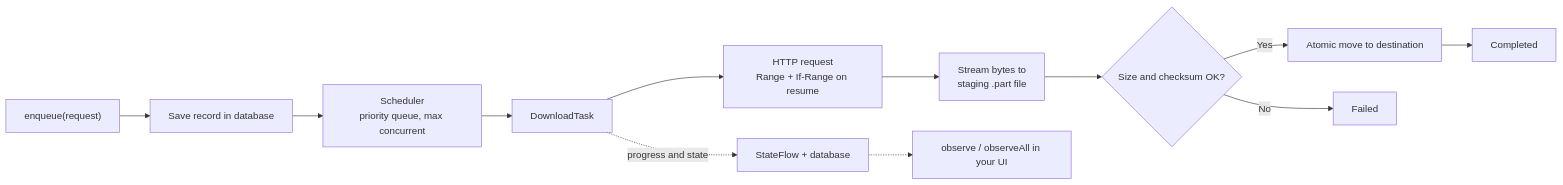
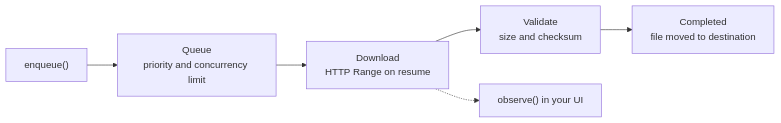
One commit to AGohil29/kmp-file-downloader changed the diagram in README.md. Above: the diagram before and after it, drawn with Mermaid. The commit also changed other lines of this file and 1 other file, not shown here.

````diff
--- a/README.md
+++ b/README.md
@@ -239,14 +216,8 @@
 ```mermaid
 flowchart LR
-    A["enqueue(request)"] --> B["Save record in database"]
-    B --> C["Scheduler<br/>priority queue, max concurrent"]
-    C --> D["DownloadTask"]
-    D --> E["HTTP request<br/>Range + If-Range on resume"]
-    E --> F["Stream bytes to<br/>staging .part file"]
-    F --> G{"Size and checksum OK?"}
-    G -- Yes --> H["Atomic move to destination"]
-    H --> I["Completed"]
-    G -- No --> J["Failed"]
-    D -. progress and state .-> K["StateFlow + database"]
-    K -.-> L["observe / observeAll in your UI"]
+    A["enqueue()"] --> B["Queue<br/>priority and concurrency limit"]
+    B --> C["Download<br/>HTTP Range on resume"]
+    C --> D["Validate<br/>size and checksum"]
+    D --> E["Completed<br/>file moved to destination"]
+    C -.-> F["observe() in your UI"]
 ```
````
